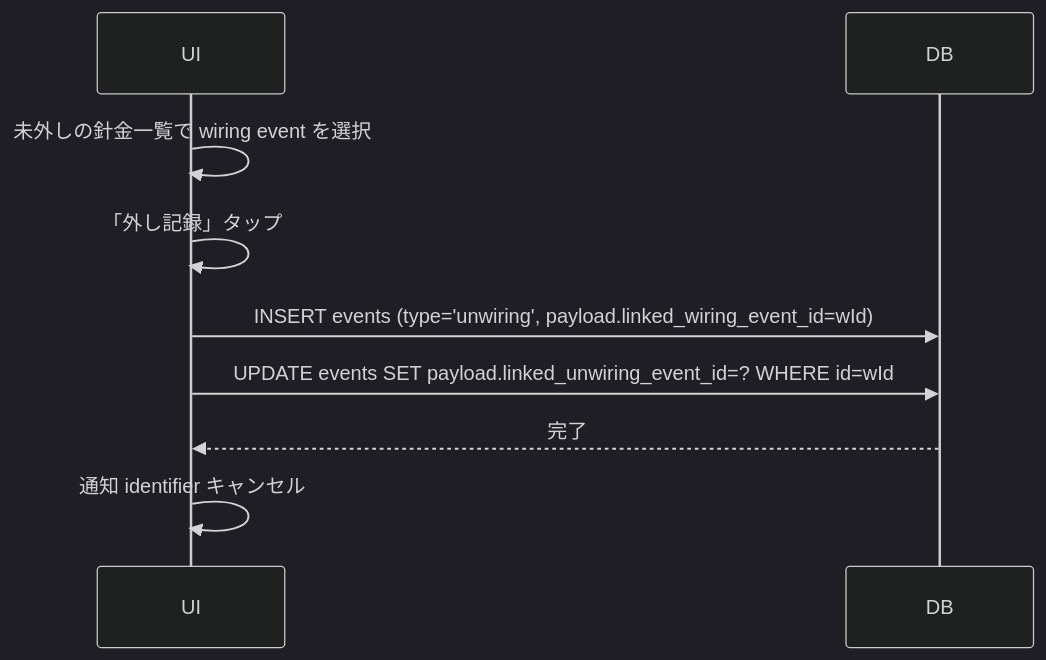
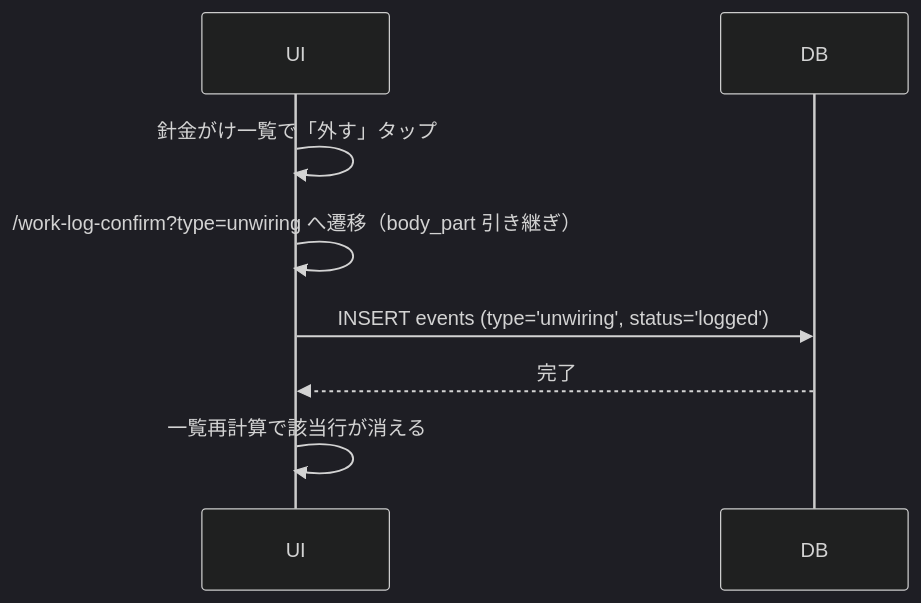
The fourth of 17 diagrams in docs/reference/functional_spec.md (doooooraku/BonsaiLog), drawn with Mermaid (dark theme) before and after one commit. The commit also changed other lines of this file and 2 other files, not shown here.

````diff
--- a/docs/reference/functional_spec.md
+++ b/docs/reference/functional_spec.md
@@ -786,11 +773,10 @@
 ```mermaid
 sequenceDiagram
   participant UI
   participant DB
-  UI->>UI: 未外しの針金一覧で wiring event を選択
-  UI->>UI: 「外し記録」タップ
-  UI->>DB: INSERT events (type='unwiring', payload.linked_wiring_event_id=wId)
-  UI->>DB: UPDATE events SET payload.linked_unwiring_event_id=? WHERE id=wId
+  UI->>UI: 針金がけ一覧で「外す」タップ
+  UI->>UI: /work-log-confirm?type=unwiring へ遷移（body_part 引き継ぎ）
+  UI->>DB: INSERT events (type='unwiring', status='logged')
   DB-->>UI: 完了
-  UI->>UI: 通知 identifier キャンセル
+  UI->>UI: 一覧再計算で該当行が消える
 ```
````
